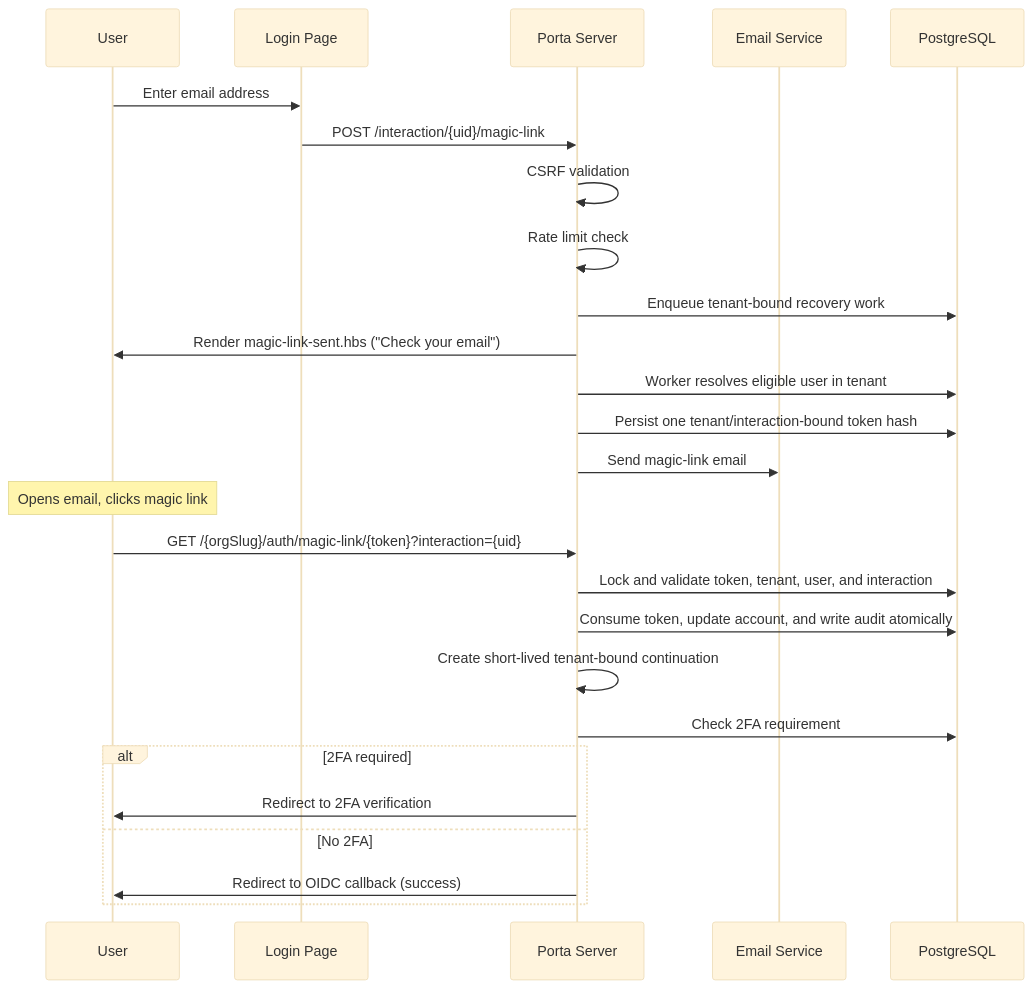
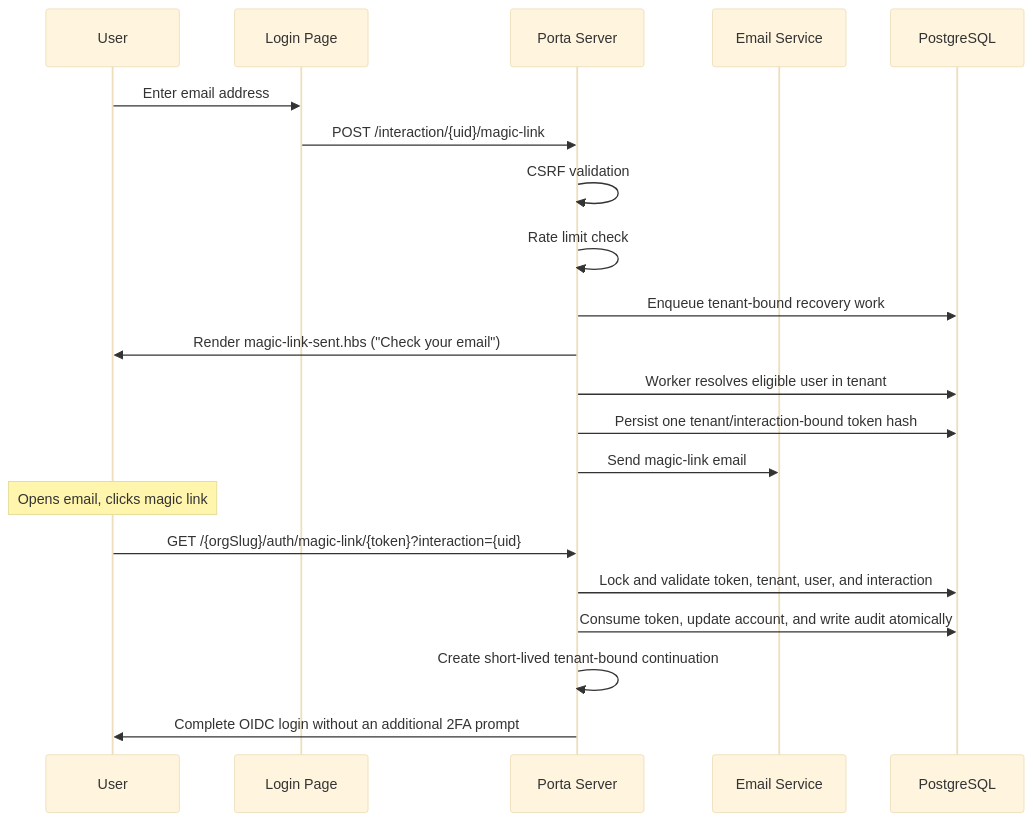
One commit to blendsdk/porta-identity changed the third of 4 diagrams in docs/concepts/authentication-modes.md. Above: the diagram before and after it, drawn with Mermaid (base theme). The commit also changed other lines of this file and 2 other files, not shown here.

````diff
--- a/docs/concepts/authentication-modes.md
+++ b/docs/concepts/authentication-modes.md
@@ -112,29 +113,24 @@
 ```mermaid
 sequenceDiagram
     participant User
     participant Login as Login Page
     participant Porta as Porta Server
     participant Email as Email Service
     participant DB as PostgreSQL
 
     User->>Login: Enter email address
     Login->>Porta: POST /interaction/{uid}/magic-link
     Porta->>Porta: CSRF validation
     Porta->>Porta: Rate limit check
     Porta->>DB: Enqueue tenant-bound recovery work
     Porta->>User: Render magic-link-sent.hbs ("Check your email")
     Porta->>DB: Worker resolves eligible user in tenant
     Porta->>DB: Persist one tenant/interaction-bound token hash
     Porta->>Email: Send magic-link email
     Note over User: Opens email, clicks magic link
     User->>Porta: GET /{orgSlug}/auth/magic-link/{token}?interaction={uid}
     Porta->>DB: Lock and validate token, tenant, user, and interaction
     Porta->>DB: Consume token, update account, and write audit atomically
     Porta->>Porta: Create short-lived tenant-bound continuation
-    Porta->>DB: Check 2FA requirement
-    alt 2FA required
-        Porta->>User: Redirect to 2FA verification
-    else No 2FA
-        Porta->>User: Redirect to OIDC callback (success)
-    end
+    Porta->>User: Complete OIDC login without an additional 2FA prompt
 ```
````
